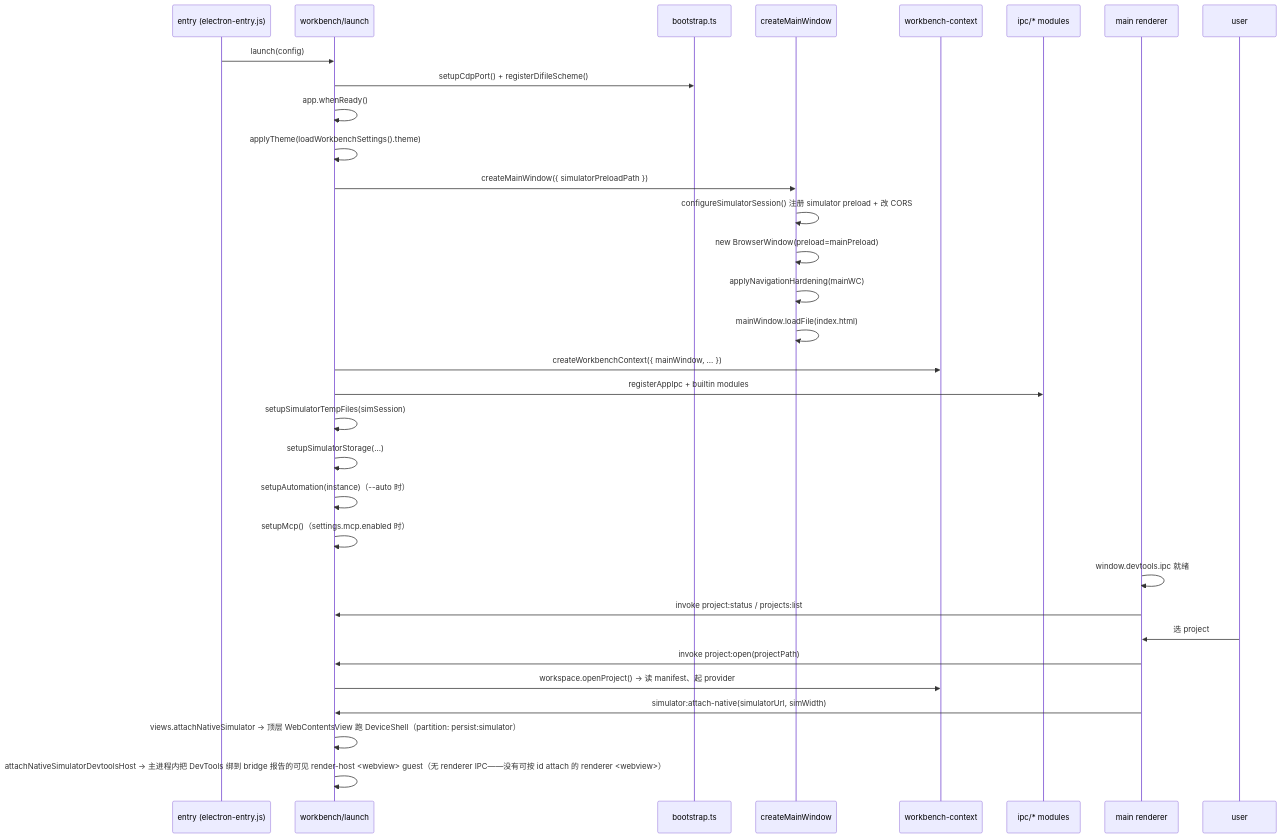
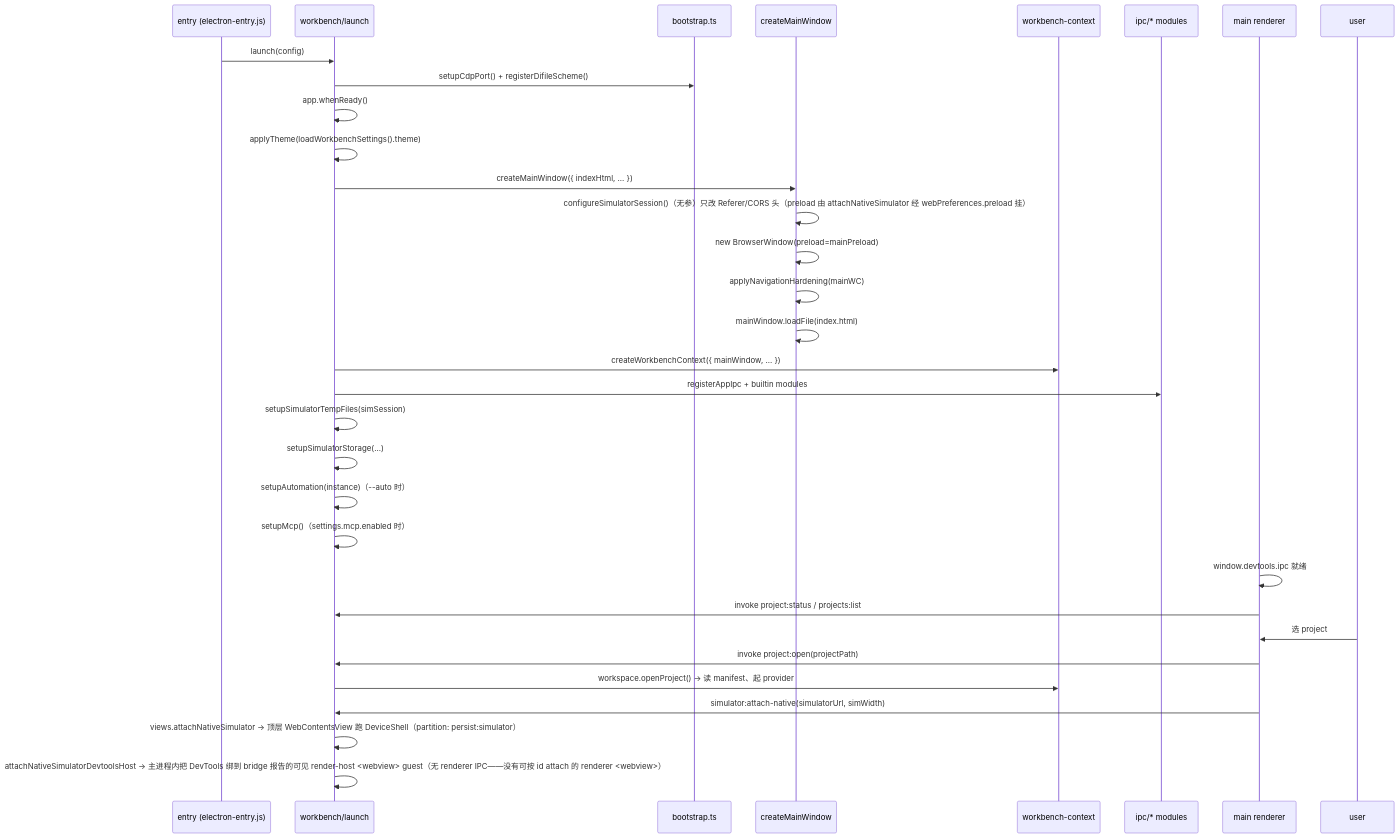
The diagram in packages/devtools/docs/electron-container.md (EchoTechFE/dimina-kit), drawn with Mermaid before and after one commit. The commit also changed other lines of this file and 57 other files, not shown here.

First line of the commit message:
refactor(devtools): remove dead <webview> simulator path + converge docs

````diff
--- a/packages/devtools/docs/electron-container.md
+++ b/packages/devtools/docs/electron-container.md
@@ -354,35 +356,35 @@
 ```mermaid
 sequenceDiagram
   participant Entry as entry (electron-entry.js)
   participant App as workbench/launch
   participant Boot as bootstrap.ts
   participant Win as createMainWindow
   participant Ctx as workbench-context
   participant Ipc as ipc/* modules
   participant R as main renderer
   participant U as user
 
   Entry->>App: launch(config)
   App->>Boot: setupCdpPort() + registerDifileScheme()
   App->>App: app.whenReady()
   App->>App: applyTheme(loadWorkbenchSettings().theme)
-  App->>Win: createMainWindow({ simulatorPreloadPath })
-  Win->>Win: configureSimulatorSession() 注册 simulator preload + 改 CORS
+  App->>Win: createMainWindow({ indexHtml, ... })
+  Win->>Win: configureSimulatorSession()（无参）只改 Referer/CORS 头（preload 由 attachNativeSimulator 经 webPreferences.preload 挂）
   Win->>Win: new BrowserWindow(preload=mainPreload)
   Win->>Win: applyNavigationHardening(mainWC)
   Win->>Win: mainWindow.loadFile(index.html)
   App->>Ctx: createWorkbenchContext({ mainWindow, ... })
   App->>Ipc: registerAppIpc + builtin modules
   App->>App: setupSimulatorTempFiles(simSession)
   App->>App: setupSimulatorStorage(...)
   App->>App: setupAutomation(instance)（--auto 时）
   App->>App: setupMcp()（settings.mcp.enabled 时）
   R->>R: window.devtools.ipc 就绪
   R->>App: invoke project:status / projects:list
   U->>R: 选 project
   R->>App: invoke project:open(projectPath)
   App->>Ctx: workspace.openProject() → 读 manifest、起 provider
   R->>App: simulator:attach-native(simulatorUrl, simWidth)
   App->>App: views.attachNativeSimulator → 顶层 WebContentsView 跑 DeviceShell（partition: persist:simulator）
   App->>App: attachNativeSimulatorDevtoolsHost → 主进程内把 DevTools 绑到 bridge 报告的可见 render-host <webview> guest（无 renderer IPC——没有可按 id attach 的 renderer <webview>）
 ```
````
